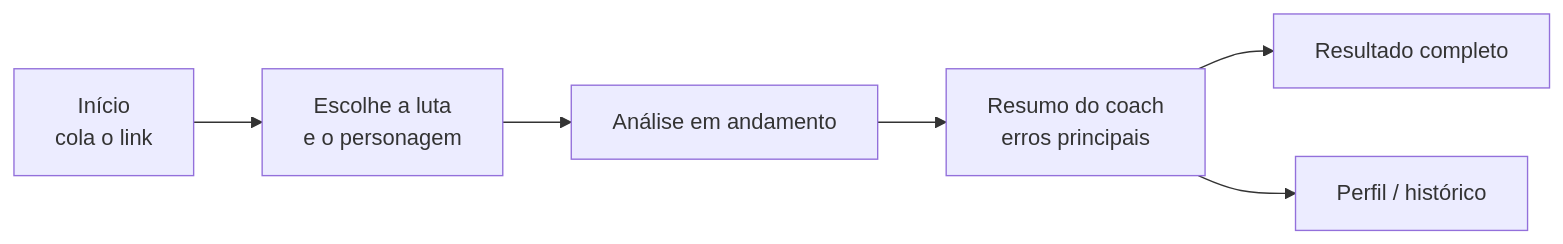
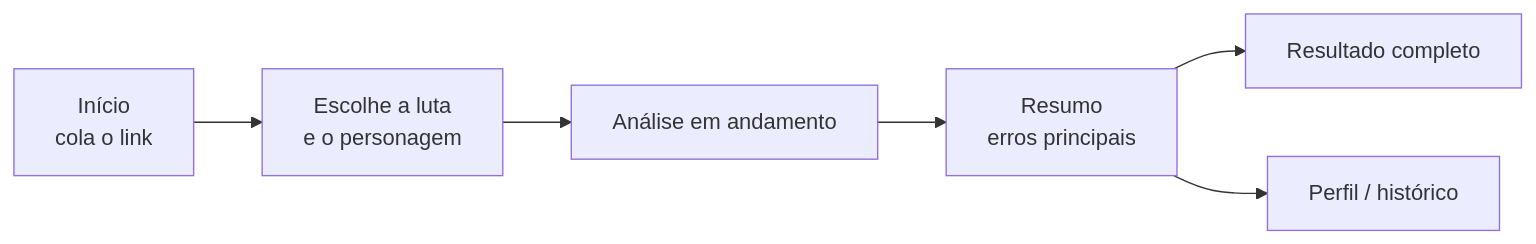
Before and after one commit to jp4inbr/LogCoach: the diagram in docs/03-prototipo.md, drawn with Mermaid. The commit also changed other lines of this file and 5 other files, not shown here.

````diff
--- a/docs/03-prototipo.md
+++ b/docs/03-prototipo.md
@@ -9,8 +9,8 @@
 ```mermaid
 flowchart LR
     A[Início<br/>cola o link] --> B[Escolhe a luta<br/>e o personagem]
     B --> C[Análise em andamento]
-    C --> D[Resumo do coach<br/>erros principais]
+    C --> D[Resumo<br/>erros principais]
     D --> E[Resultado completo]
     D --> F[Perfil / histórico]
 ```
````
